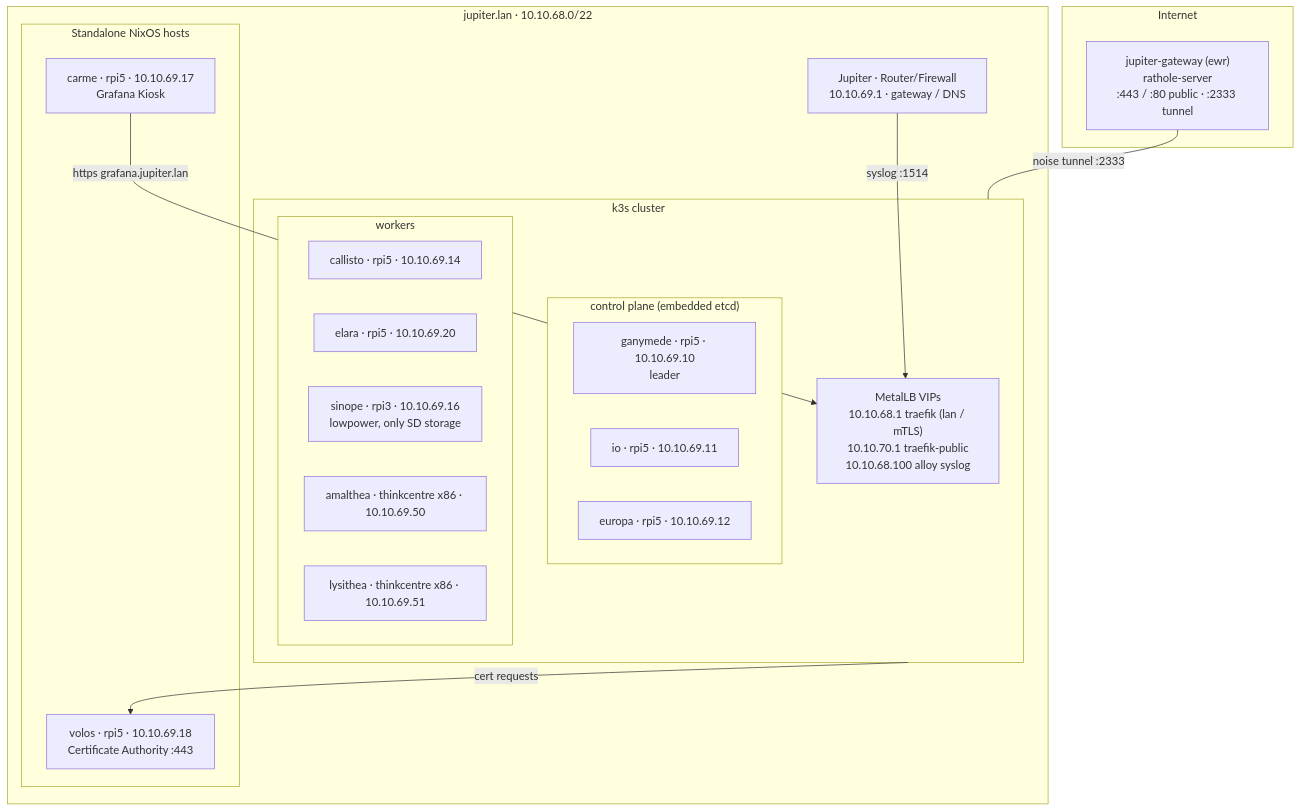
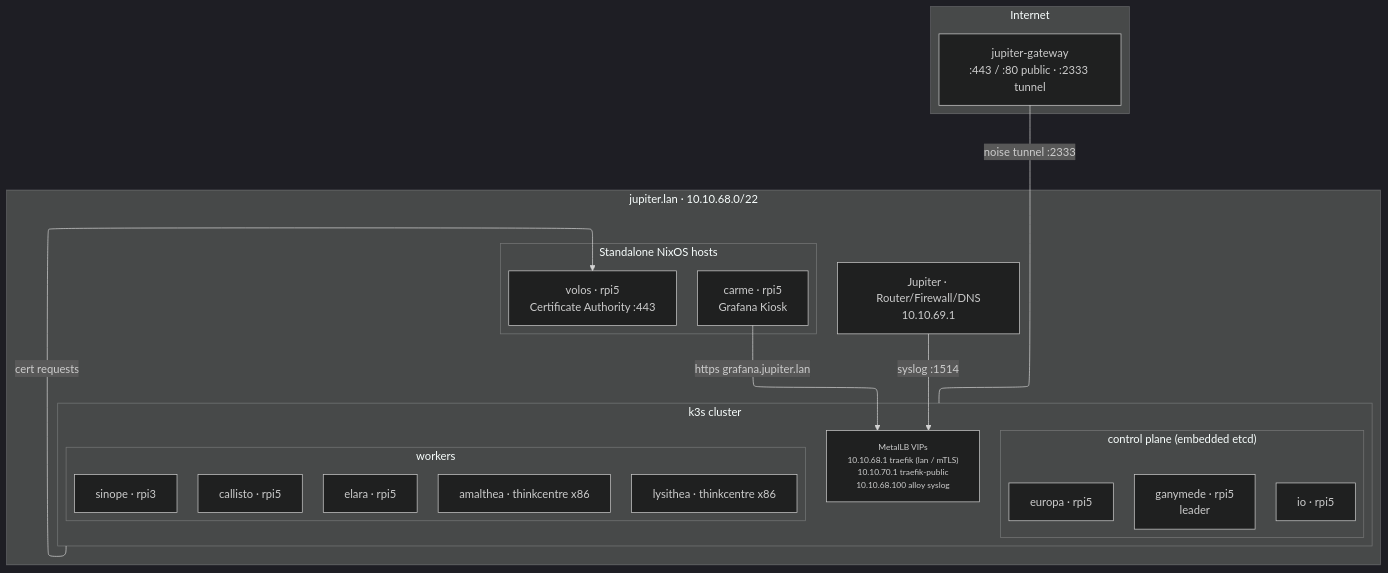
The first of 2 diagrams in README.md (insipx/jupiter), drawn with Mermaid before and after one commit. The commit also changed other lines of this file and 4 other files, not shown here.

````diff
--- a/README.md
+++ b/README.md
@@ -17,36 +17,43 @@
 ```mermaid
+---
+config:
+  theme: dark
+  layout: elk
+---
 flowchart TB
-  subgraph internet["Internet"]
-    fly["jupiter-gateway (ewr)<br/>rathole-server<br/>:443 / :80 public · :2333 tunnel"]
+ subgraph internet["Internet"]
+        fly["jupiter-gateway<br>:443 / :80 public · :2333 tunnel"]
   end
+ subgraph standalone["Standalone NixOS hosts"]
+        volos["volos · rpi5<br>Certificate Authority :443"]
+        carme["carme · rpi5<br>Grafana Kiosk"]
+  end
+ subgraph control["control plane (embedded etcd)"]
+        ganymede["ganymede · rpi5<br>leader"]
+        io["io · rpi5"]
+        europa["europa · rpi5"]
+  end
+ subgraph workers["workers"]
+        callisto["callisto · rpi5"]
+        elara["elara · rpi5"]
+        sinope["sinope · rpi3"]
+        amalthea["amalthea · thinkcentre x86"]
+        lysithea["lysithea · thinkcentre x86"]
+  end
+ subgraph k3s["k3s cluster"]
+        control
+        workers
+        lbs["MetalLB VIPs<br>10.10.68.1 traefik (lan / mTLS)<br>10.10.70.1 traefik-public<br>10.10.68.100 alloy syslog"]
+  end
+ subgraph lan["jupiter.lan · 10.10.68.0/22"]
+        opnsense["Jupiter · Router/Firewall/DNS<br>10.10.69.1"]
+        standalone
+        k3s
+  end
+    fly -- noise tunnel :2333 --- k3s
+    opnsense -- syslog :1514 --> lbs
+    carme -- "https grafana.jupiter.lan" --> lbs
+    k3s -- cert requests --> volos
 
-  subgraph lan["jupiter.lan · 10.10.68.0/22"]
-    opnsense["Jupiter · Router/Firewall<br/>10.10.69.1 · gateway / DNS"]
-
-    subgraph standalone["Standalone NixOS hosts"]
-      volos["volos · rpi5 · 10.10.69.18<br/>Certificate Authority :443"]
-      carme["carme · rpi5 · 10.10.69.17<br/>Grafana Kiosk"]
-    end
-
-    subgraph k3s["k3s cluster"]
-      subgraph control["control plane (embedded etcd)"]
-        ganymede["ganymede · rpi5 · 10.10.69.10<br/>leader"]
-        io["io · rpi5 · 10.10.69.11"]
-        europa["europa · rpi5 · 10.10.69.12"]
-      end
-      subgraph workers["workers"]
-        callisto["callisto · rpi5 · 10.10.69.14"]
-        elara["elara · rpi5 · 10.10.69.20"]
-        sinope["sinope · rpi3 · 10.10.69.16<br/>lowpower, only SD storage"]
-        amalthea["amalthea · thinkcentre x86 · 10.10.69.50"]
-        lysithea["lysithea · thinkcentre x86 · 10.10.69.51"]
-      end
-      lbs["MetalLB VIPs<br/>10.10.68.1 traefik (lan / mTLS)<br/>10.10.70.1 traefik-public<br/>10.10.68.100 alloy syslog"]
-    end
-  end
-
-  fly -- "noise tunnel :2333" --- k3s
-  opnsense -- "syslog :1514" --> lbs
-  carme -- "https grafana.jupiter.lan" --> lbs
-  k3s -- "cert requests" --> volos
+    style lbs font-size:12px
 ```
````
